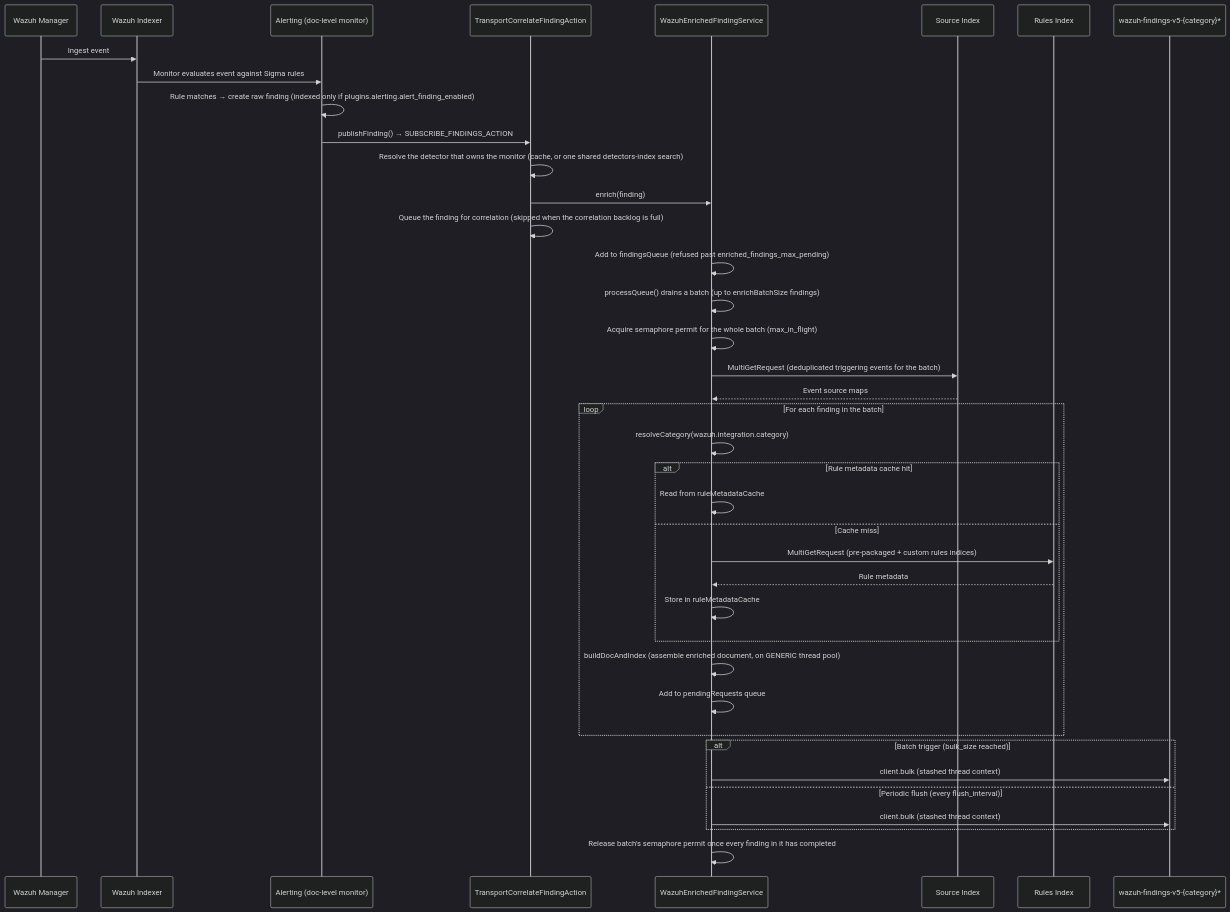
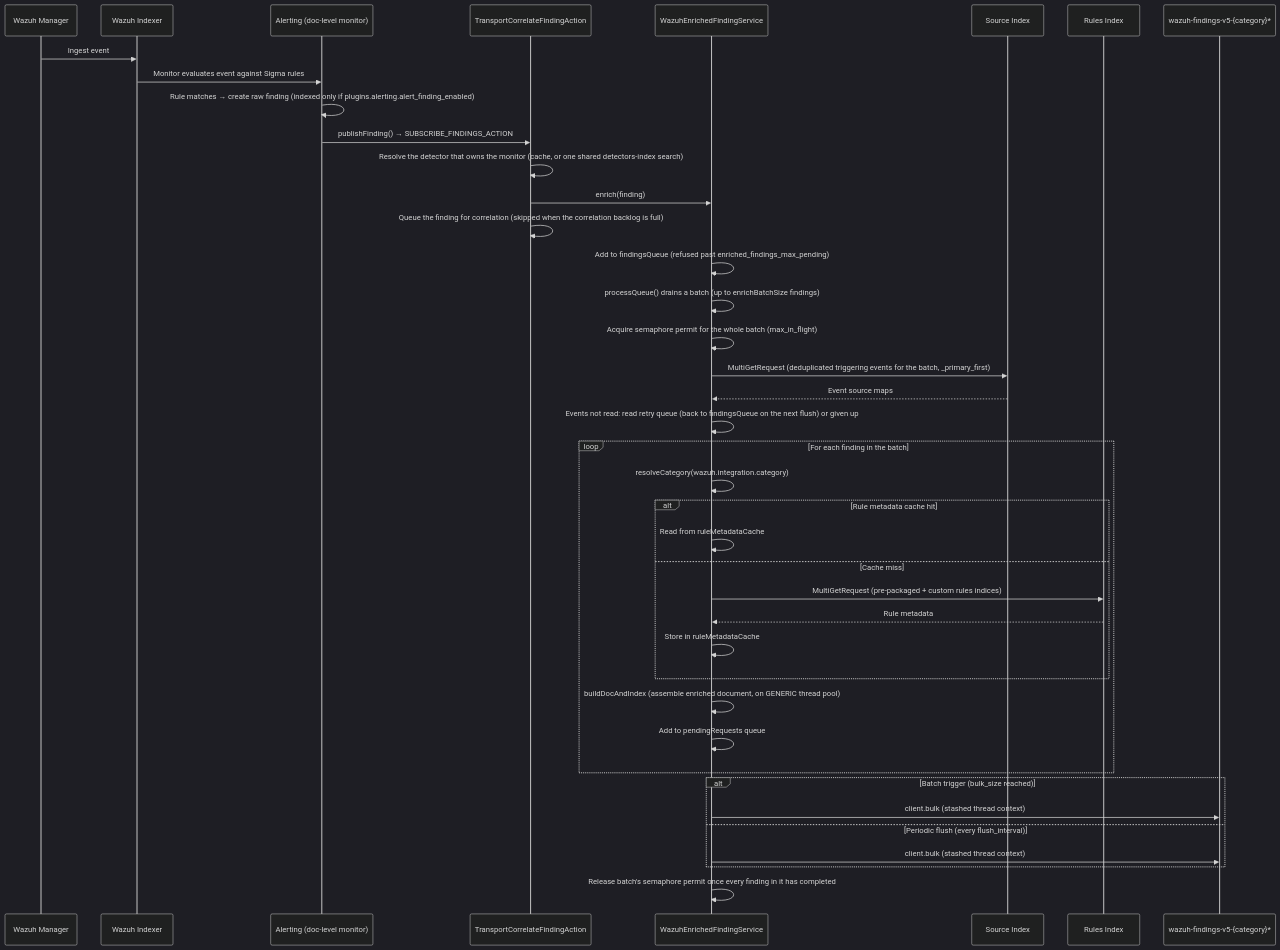
Before and after one commit to wazuh/wazuh-indexer-plugins: the first of 2 diagrams in docs/dev/plugins/security-analytics.md, drawn with Mermaid (dark theme). The commit also changed other lines of this file and 2 other files, not shown here.

Commit message:
Document triggering event read retries

````diff
--- a/docs/dev/plugins/security-analytics.md
+++ b/docs/dev/plugins/security-analytics.md
@@ -72,42 +88,43 @@
 ```mermaid
 sequenceDiagram
     participant A as Wazuh Manager
     participant I as Wazuh Indexer
     participant AL as Alerting (doc-level monitor)
     participant TC as TransportCorrelateFindingAction
     participant WS as WazuhEnrichedFindingService
     participant SI as Source Index
     participant RI as Rules Index
     participant WF as wazuh-findings-v5-{category}*
 
     A->>I: Ingest event
     I->>AL: Monitor evaluates event against Sigma rules
     AL->>AL: Rule matches → create raw finding (indexed only if plugins.alerting.alert_finding_enabled)
     AL->>TC: publishFinding() → SUBSCRIBE_FINDINGS_ACTION
     TC->>TC: Resolve the detector that owns the monitor (cache, or one shared detectors-index search)
     TC->>WS: enrich(finding)
     TC->>TC: Queue the finding for correlation (skipped when the correlation backlog is full)
     WS->>WS: Add to findingsQueue (refused past enriched_findings_max_pending)
     WS->>WS: processQueue() drains a batch (up to enrichBatchSize findings)
     WS->>WS: Acquire semaphore permit for the whole batch (max_in_flight)
-    WS->>SI: MultiGetRequest (deduplicated triggering events for the batch)
+    WS->>SI: MultiGetRequest (deduplicated triggering events for the batch, _primary_first)
     SI-->>WS: Event source maps
+    WS->>WS: Events not read: read retry queue (back to findingsQueue on the next flush) or given up
     loop For each finding in the batch
         WS->>WS: resolveCategory(wazuh.integration.category)
         alt Rule metadata cache hit
             WS->>WS: Read from ruleMetadataCache
         else Cache miss
             WS->>RI: MultiGetRequest (pre-packaged + custom rules indices)
             RI-->>WS: Rule metadata
             WS->>WS: Store in ruleMetadataCache
         end
         WS->>WS: buildDocAndIndex (assemble enriched document, on GENERIC thread pool)
         WS->>WS: Add to pendingRequests queue
     end
     alt Batch trigger (bulk_size reached)
         WS->>WF: client.bulk (stashed thread context)
     else Periodic flush (every flush_interval)
         WS->>WF: client.bulk (stashed thread context)
     end
     WS->>WS: Release batch's semaphore permit once every finding in it has completed
 ```
````
